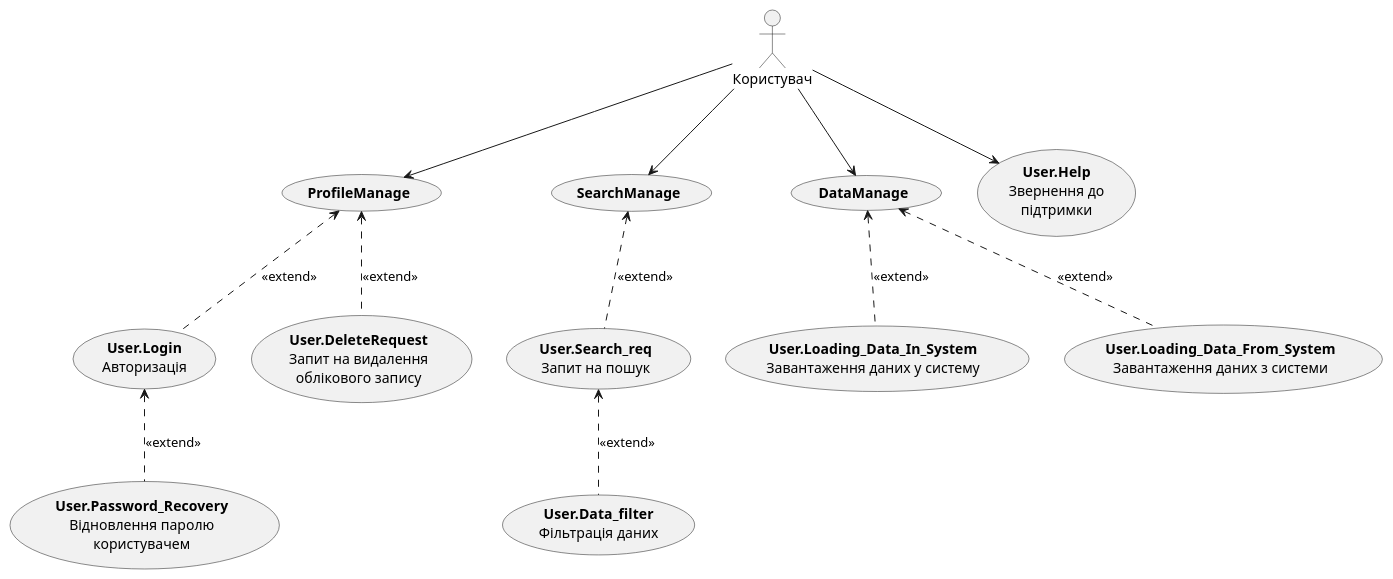
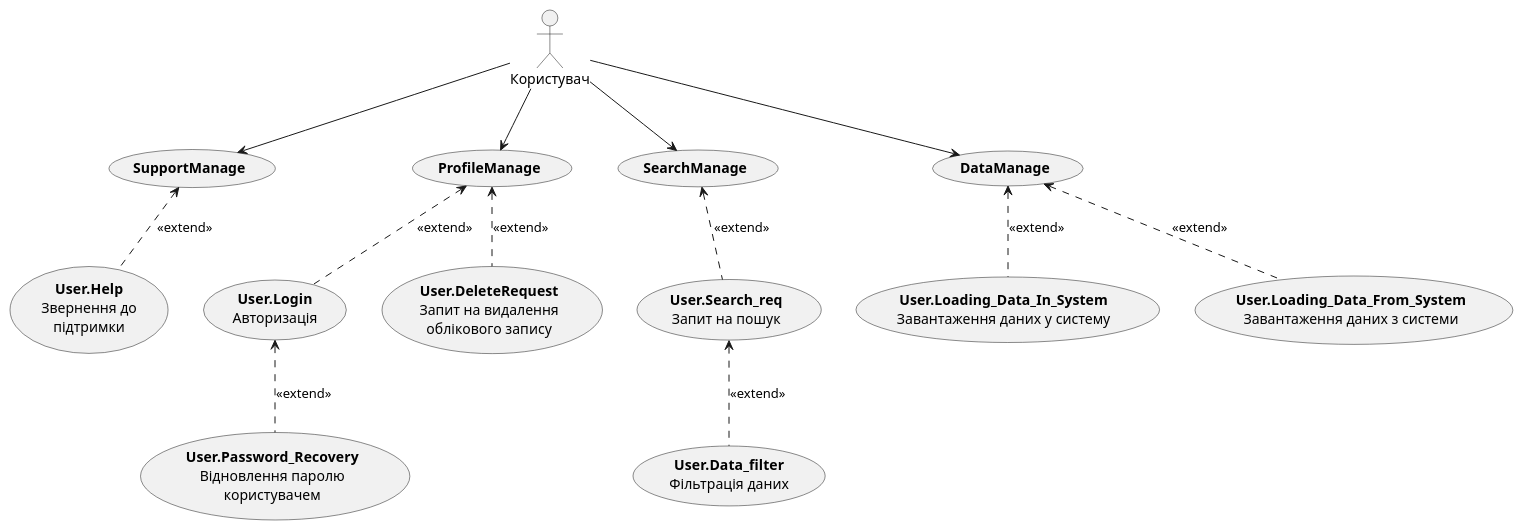
The third of 18 diagrams in docs/use cases/README.md (nonGratis/retarder-io-23-3), drawn with PlantUML before and after one commit. The commit also changed other lines of this file, not shown here.

Commit message:
add a generalisation class for User.Help in UC

```diff
--- a/docs/use cases/README.md
+++ b/docs/use cases/README.md
@@ -52,31 +52,33 @@
 @startuml
 
 actor "Користувач" as User
 
+usecase "<b>SupportManage</b>" as SupportManage
 usecase "<b>ProfileManage</b>" as ProfileManage
 usecase "<b>SearchManage</b>" as SearchManage
 usecase "<b>DataManage</b>" as DataManage
 
 usecase "<b>User.Help</b>\nЗвернення до\nпідтримки" as User.Help
 usecase "<b>User.Login</b>\nАвторизація" as User.Login
 usecase "<b>User.Password_Recovery</b>\nВідновлення паролю\nкористувачем" as User.Password_Recovery
 usecase "<b>User.DeleteRequest</b>\nЗапит на видалення\nоблікового запису" as User.DeleteRequest
 usecase "<b>User.Search_req</b>\nЗапит на пошук" as User.Search_req
 usecase "<b>User.Data_filter</b>\nФільтрація даних" as User.Data_filter
 usecase "<b>User.Loading_Data_In_System</b>\nЗавантаження даних у систему" as User.Loading_Data_In_System
 usecase "<b>User.Loading_Data_From_System</b>\nЗавантаження даних з системи" as User.Loading_Data_From_System
 
-User --> User.Help
+User --> SupportManage
 User --> ProfileManage
 User --> SearchManage
 User --> DataManage
 
+SupportManage <-[dashed]- User.Help : <<extend>>
 ProfileManage <-[dashed]- User.Login : <<extend>>
 User.Login <-[dashed]- User.Password_Recovery : <<extend>>
 ProfileManage <-[dashed]- User.DeleteRequest : <<extend>>
 SearchManage <-[dashed]- User.Search_req : <<extend>>
 User.Search_req <-[dashed]- User.Data_filter : <<extend>>
 DataManage <-[dashed]- User.Loading_Data_In_System : <<extend>>
 DataManage <-[dashed]- User.Loading_Data_From_System : <<extend>>
 
 @enduml
```
